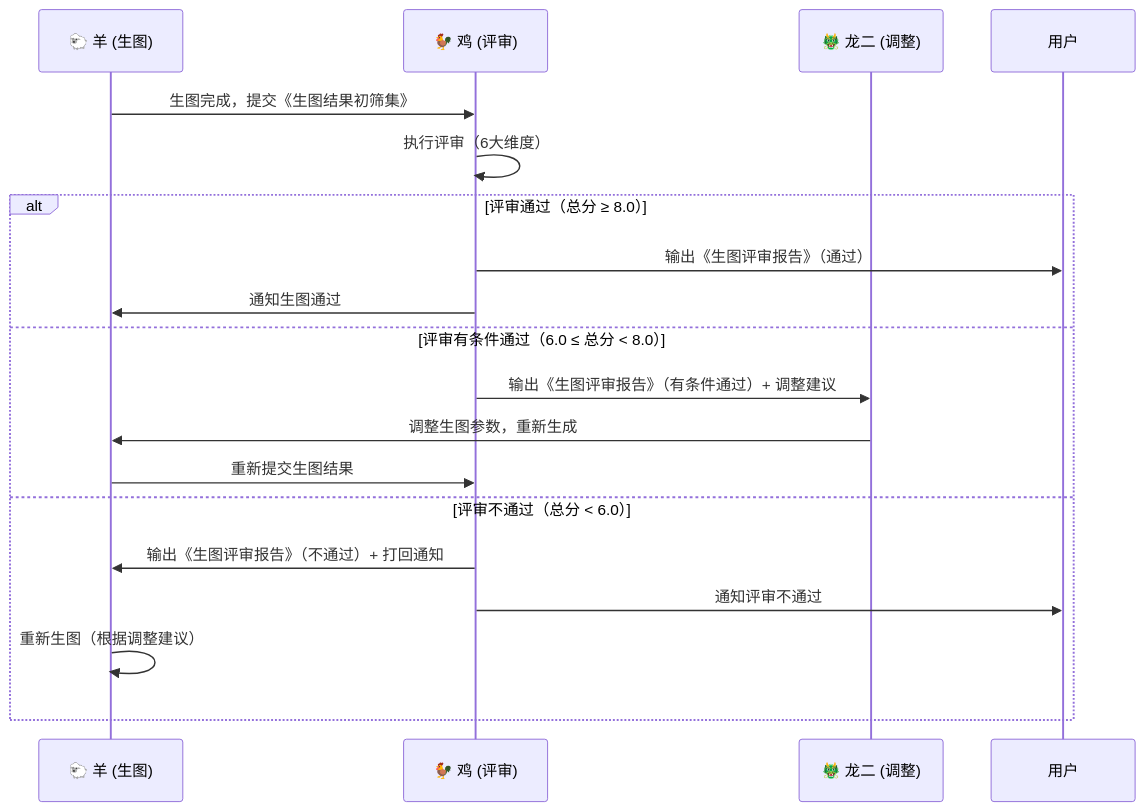
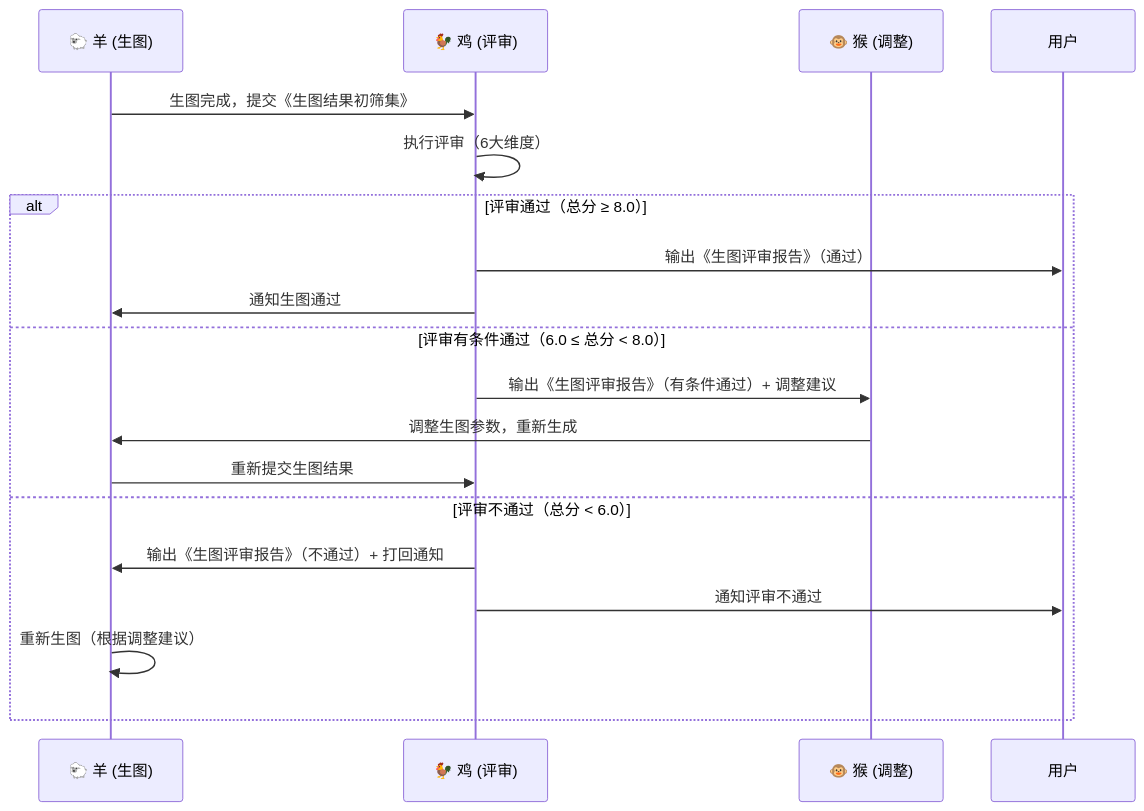
The diagram in skills/zheng10-design-reviewer/SKILL.md (xukaitai321300-ctrl/-), drawn with Mermaid before and after one commit. The commit also changed other lines of this file and 147 other files, not shown here.

````diff
--- a/skills/zheng10-design-reviewer/SKILL.md
+++ b/skills/zheng10-design-reviewer/SKILL.md
@@ -756,22 +863,22 @@
 ```mermaid
 sequenceDiagram
     participant Sheep as 🐑 羊 (生图)
     participant Rooster as 🐓 鸡 (评审)
-    participant Dragon2 as 🐲 龙二 (调整)
+    participant Monkey as 🐵 猴 (调整)
     participant User as 用户
     
     Sheep->>Rooster: 生图完成，提交《生图结果初筛集》
     Rooster->>Rooster: 执行评审（6大维度）
     alt 评审通过（总分 ≥ 8.0）
         Rooster->>User: 输出《生图评审报告》（通过）
         Rooster->>Sheep: 通知生图通过
     else 评审有条件通过（6.0 ≤ 总分 < 8.0）
-        Rooster->>Dragon2: 输出《生图评审报告》（有条件通过）+ 调整建议
-        Dragon2->>Sheep: 调整生图参数，重新生成
+        Rooster->>Monkey: 输出《生图评审报告》（有条件通过）+ 调整建议
+        Monkey->>Sheep: 调整生图参数，重新生成
         Sheep->>Rooster: 重新提交生图结果
     else 评审不通过（总分 < 6.0）
         Rooster->>Sheep: 输出《生图评审报告》（不通过）+ 打回通知
         Rooster->>User: 通知评审不通过
         Sheep->>Sheep: 重新生图（根据调整建议）
     end
 ```
````
